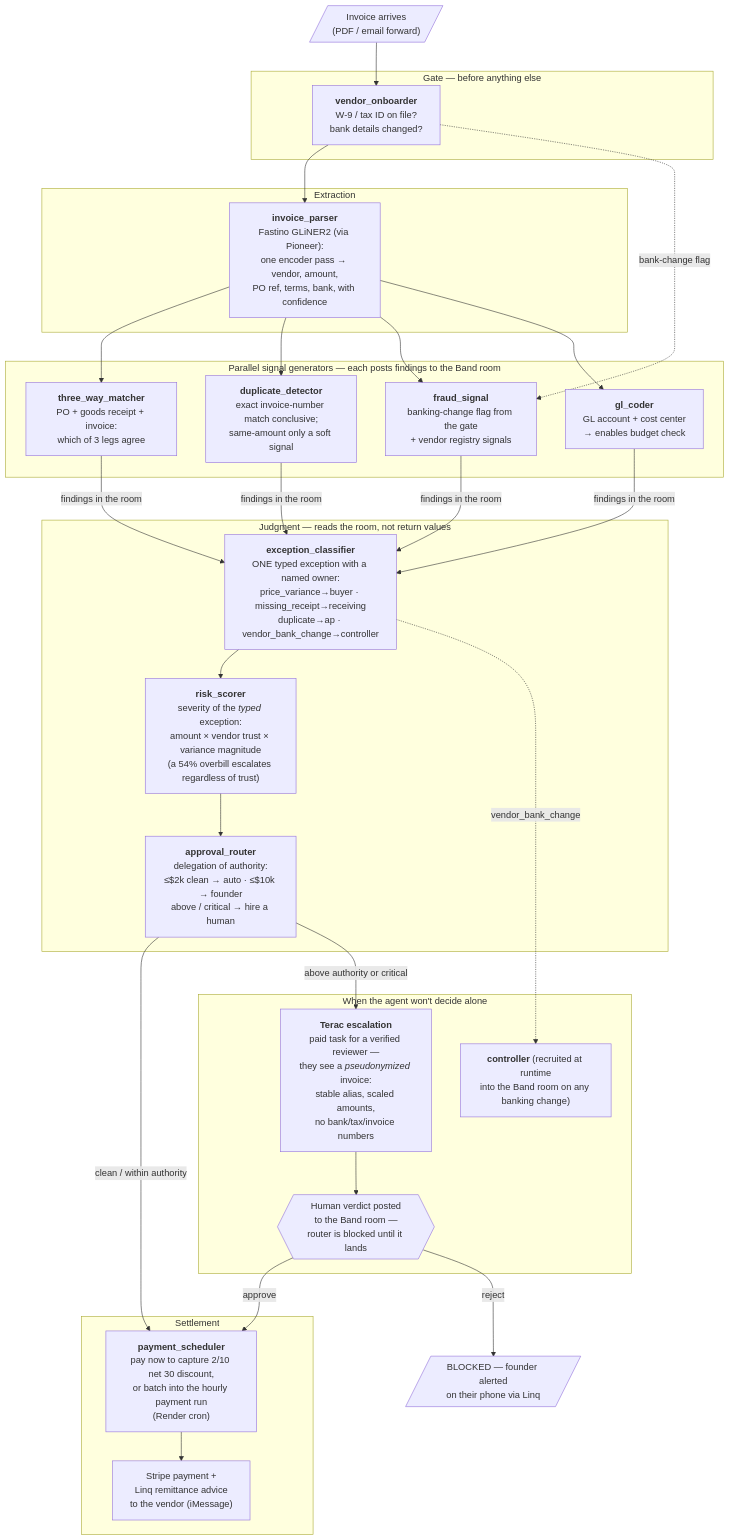
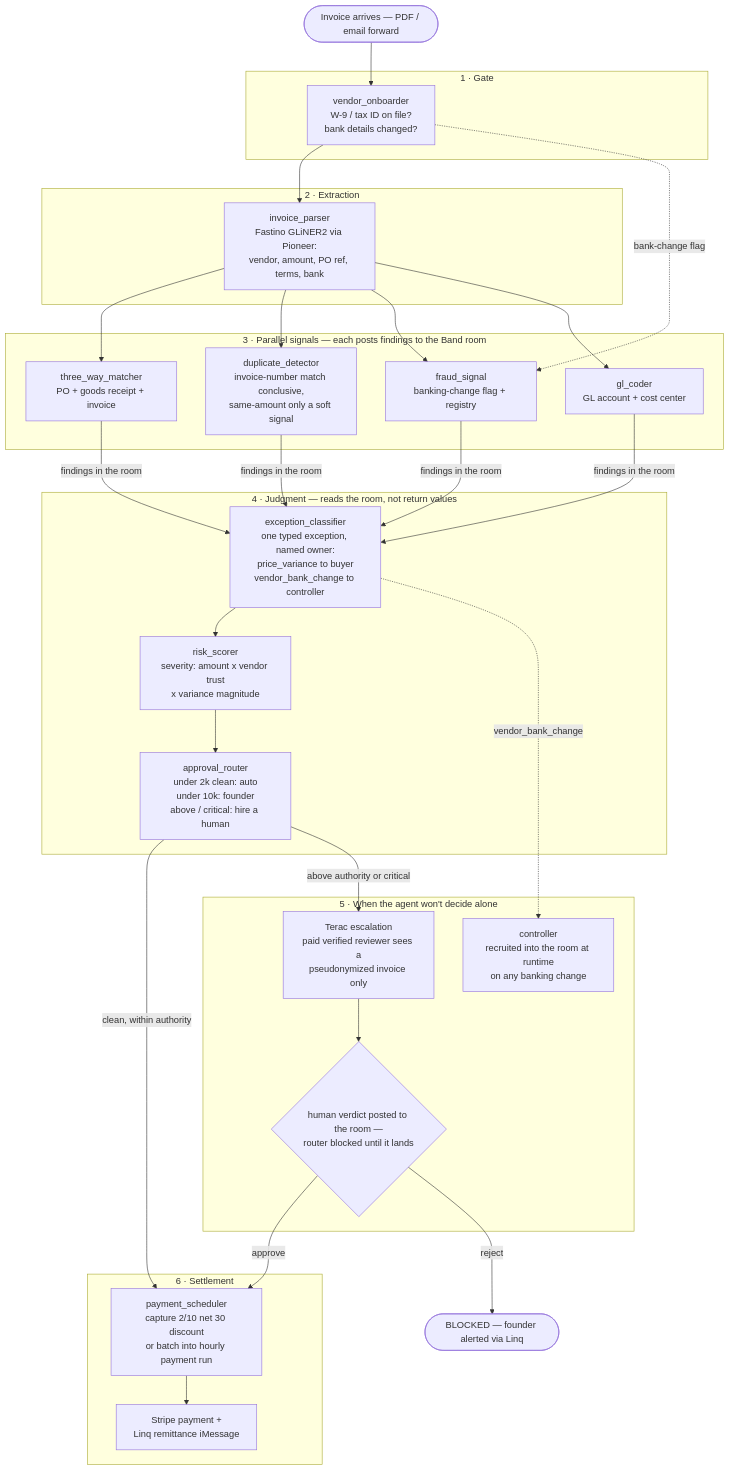
The diagram in README.md (kenilhv/po1), drawn with Mermaid before and after one commit.

Commit message:
README: mermaid diagram GitHub-compatible (no HTML tags in labels)

````diff
--- a/README.md
+++ b/README.md
@@ -32,47 +32,47 @@
 ```mermaid
 flowchart TB
-    INV[/"Invoice arrives<br/>(PDF / email forward)"/]
+    INV(["Invoice arrives — PDF / email forward"])
 
-    subgraph GATE["Gate — before anything else"]
-        VO["<b>vendor_onboarder</b><br/>W-9 / tax ID on file?<br/>bank details changed?"]
+    subgraph GATE["1 · Gate"]
+        VO["vendor_onboarder<br/>W-9 / tax ID on file?<br/>bank details changed?"]
     end
 
-    subgraph EXTRACT["Extraction"]
-        IP["<b>invoice_parser</b><br/>Fastino GLiNER2 (via Pioneer):<br/>one encoder pass → vendor, amount,<br/>PO ref, terms, bank, with confidence"]
+    subgraph EXTRACT["2 · Extraction"]
+        IP["invoice_parser<br/>Fastino GLiNER2 via Pioneer:<br/>vendor, amount, PO ref, terms, bank"]
     end
 
-    subgraph SIGNALS["Parallel signal generators — each posts findings to the Band room"]
-        TWM["<b>three_way_matcher</b><br/>PO + goods receipt + invoice:<br/>which of 3 legs agree"]
-        DUP["<b>duplicate_detector</b><br/>exact invoice-number match conclusive;<br/>same-amount only a soft signal"]
-        FRA["<b>fraud_signal</b><br/>banking-change flag from the gate<br/>+ vendor registry signals"]
-        GLC["<b>gl_coder</b><br/>GL account + cost center<br/>→ enables budget check"]
+    subgraph SIGNALS["3 · Parallel signals — each posts findings to the Band room"]
+        TWM["three_way_matcher<br/>PO + goods receipt + invoice"]
+        DUP["duplicate_detector<br/>invoice-number match conclusive,<br/>same-amount only a soft signal"]
+        FRA["fraud_signal<br/>banking-change flag + registry"]
+        GLC["gl_coder<br/>GL account + cost center"]
     end
 
-    subgraph JUDGE["Judgment — reads the room, not return values"]
-        EC["<b>exception_classifier</b><br/>ONE typed exception with a named owner:<br/>price_variance→buyer · missing_receipt→receiving<br/>duplicate→ap · vendor_bank_change→controller"]
-        RS["<b>risk_scorer</b><br/>severity of the <i>typed</i> exception:<br/>amount × vendor trust × variance magnitude<br/>(a 54% overbill escalates regardless of trust)"]
-        AR["<b>approval_router</b><br/>delegation of authority:<br/>≤$2k clean → auto · ≤$10k → founder<br/>above / critical → hire a human"]
+    subgraph JUDGE["4 · Judgment — reads the room, not return values"]
+        EC["exception_classifier<br/>one typed exception, named owner:<br/>price_variance to buyer<br/>vendor_bank_change to controller"]
+        RS["risk_scorer<br/>severity: amount x vendor trust<br/>x variance magnitude"]
+        AR["approval_router<br/>under 2k clean: auto<br/>under 10k: founder<br/>above / critical: hire a human"]
     end
 
-    subgraph HUMAN["When the agent won't decide alone"]
-        CTRL["<b>controller</b> (recruited at runtime<br/>into the Band room on any banking change)"]
-        TER["<b>Terac escalation</b><br/>paid task for a verified reviewer —<br/>they see a <i>pseudonymized</i> invoice:<br/>stable alias, scaled amounts,<br/>no bank/tax/invoice numbers"]
-        VERDICT{{"Human verdict posted<br/>to the Band room —<br/>router is blocked until it lands"}}
+    subgraph HUMAN["5 · When the agent won't decide alone"]
+        CTRL["controller<br/>recruited into the room at runtime<br/>on any banking change"]
+        TER["Terac escalation<br/>paid verified reviewer sees a<br/>pseudonymized invoice only"]
+        VERDICT{"human verdict posted to the room —<br/>router blocked until it lands"}
     end
 
-    subgraph SETTLE["Settlement"]
-        PS["<b>payment_scheduler</b><br/>pay now to capture 2/10 net 30 discount,<br/>or batch into the hourly payment run<br/>(Render cron)"]
-        PAY["Stripe payment +<br/>Linq remittance advice<br/>to the vendor (iMessage)"]
+    subgraph SETTLE["6 · Settlement"]
+        PS["payment_scheduler<br/>capture 2/10 net 30 discount<br/>or batch into hourly payment run"]
+        PAY["Stripe payment +<br/>Linq remittance iMessage"]
     end
 
     INV --> VO --> IP
     IP --> TWM & DUP & FRA & GLC
-    TWM & DUP & FRA & GLC -->|"findings in the room"| EC
-    VO -.->|"bank-change flag"| FRA
+    TWM & DUP & FRA & GLC -- findings in the room --> EC
+    VO -. bank-change flag .-> FRA
     EC --> RS --> AR
-    EC -.->|"vendor_bank_change"| CTRL
-    AR -->|"clean / within authority"| PS --> PAY
-    AR -->|"above authority or critical"| TER --> VERDICT
-    VERDICT -->|"approve"| PS
-    VERDICT -->|"reject"| X[/"BLOCKED — founder alerted<br/>on their phone via Linq"/]
+    EC -. vendor_bank_change .-> CTRL
+    AR -- clean, within authority --> PS --> PAY
+    AR -- above authority or critical --> TER --> VERDICT
+    VERDICT -- approve --> PS
+    VERDICT -- reject --> X(["BLOCKED — founder alerted via Linq"])
 ```
````
